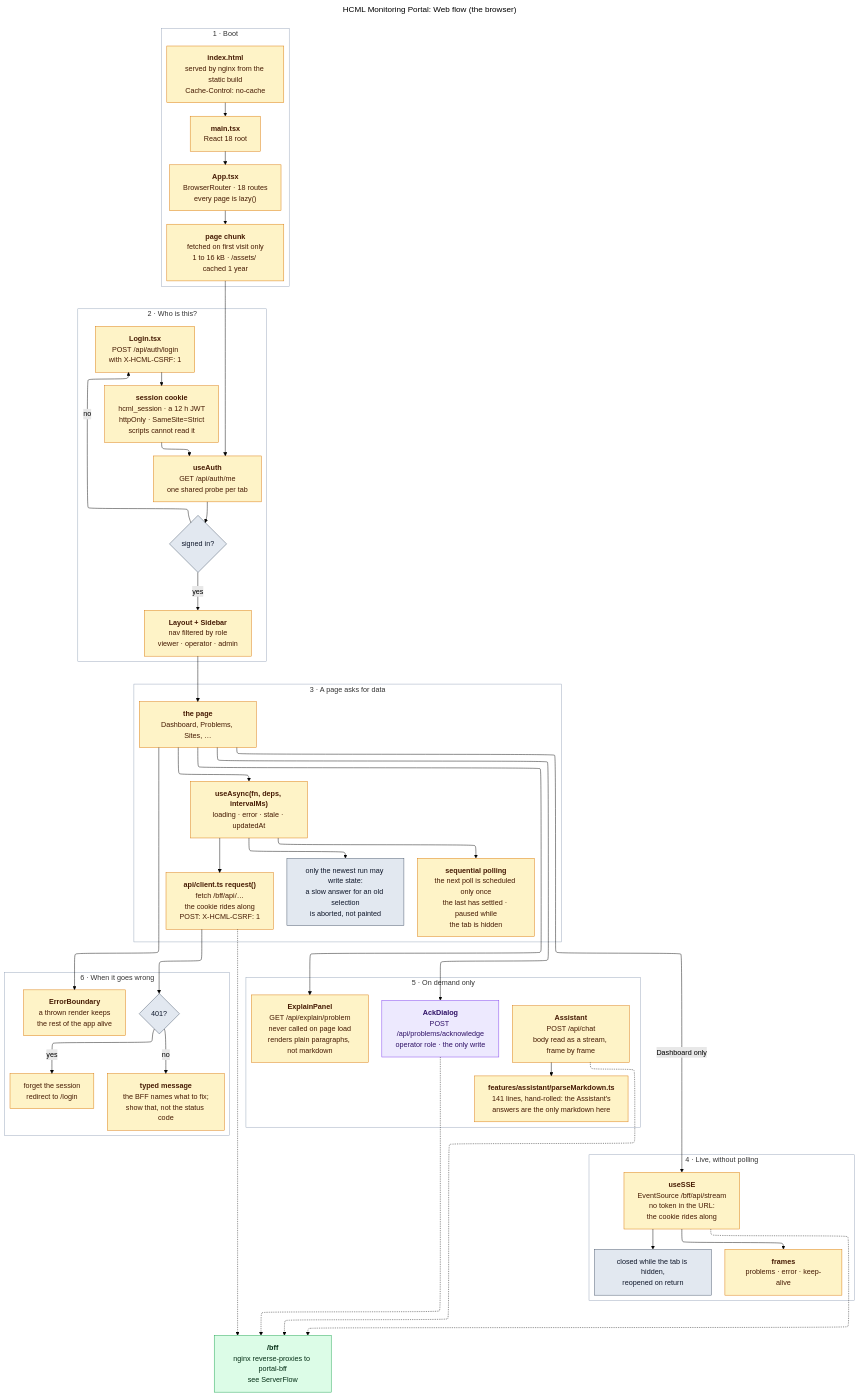
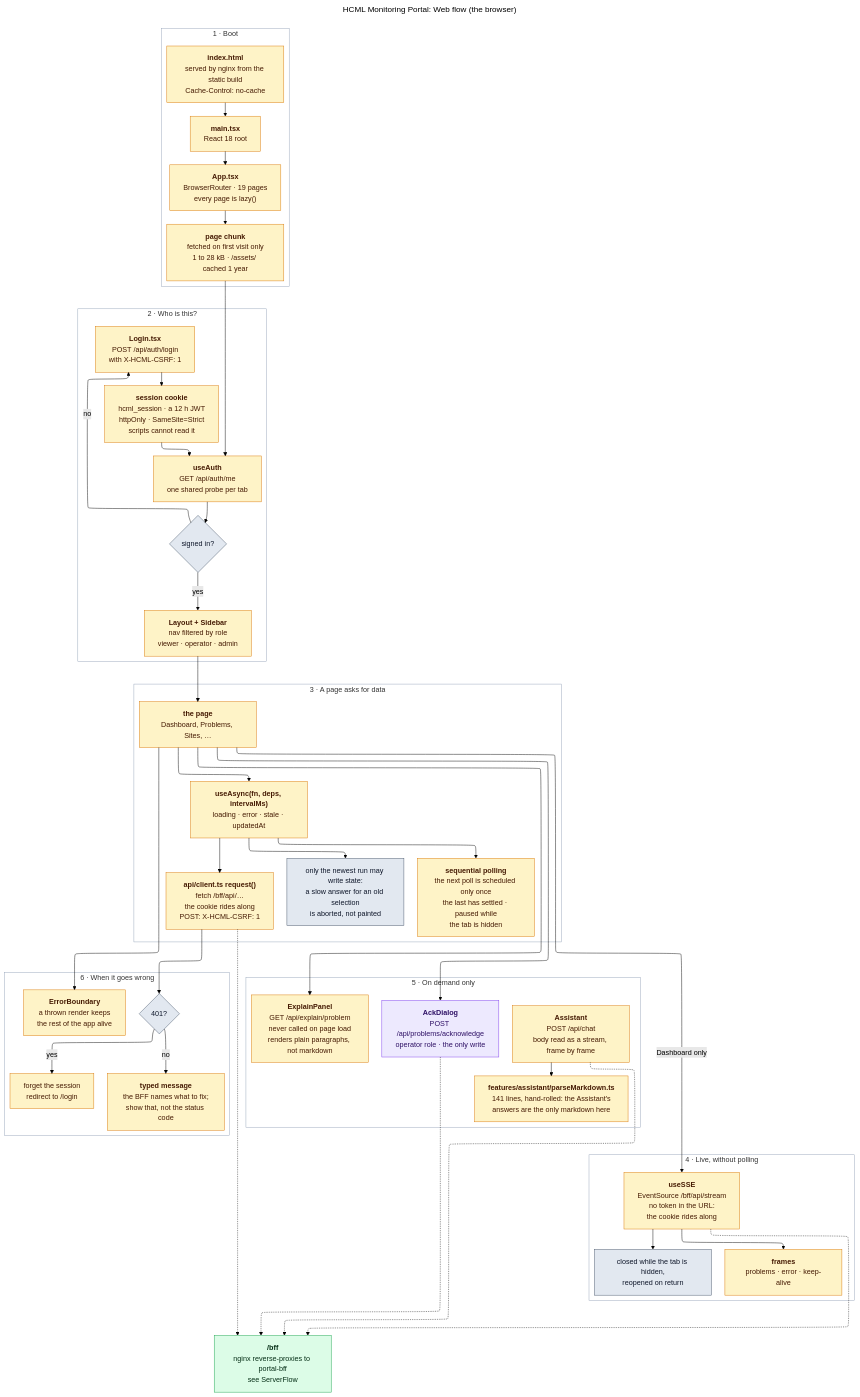
The diagram in docs/flow/WebFlow.mmd (Fxkra28/Dashboard-Zabbix-Prototype), drawn with Mermaid (forest theme) before and after one commit. The commit also changed 71 other files, not shown here.

```diff
--- a/docs/flow/WebFlow.mmd
+++ b/docs/flow/WebFlow.mmd
@@ -1,139 +1,139 @@
 ---
 title: "HCML Monitoring Portal: Web flow (the browser)"
 config:
   layout: elk
   elk:
     mergeEdges: false
     nodePlacementStrategy: BRANDES_KOEPF
 ---
 flowchart TB
 
     %%  Web flow: what happens in the browser, from the first byte
     %%  nginx serves to the moment a page has data on screen.
 
     %%  Amber  runs in the browser.
     %%  Green  the portal's own BFF, same origin, behind /bff.
     %%  Grey   a decision, a guard, or a boundary.
 
     %%  Nothing here ever holds a Zabbix or model credential. Every call
     %%  goes to /bff. The portal JWT rides in an httpOnly cookie that no
     %%  script on the page can read (ADR-0010); it only proves who the
     %%  user is to the portal and grants nothing in Zabbix.
 
     %%  Two arrows were corrected against the code and must stay this
     %%  way. (1) The stream is opened by the Dashboard, not the shell:
     %%  useSSE has exactly one call site, Overview.tsx, and navigating
     %%  away closes the connection. The Problems page does not stream at
     %%  all: it polls every 30 s. (2) There is no ExplainPanel ->
     %%  markdown arrow: ExplainPanel renders its fields as plain <p>
     %%  paragraphs and never imports the renderer. The Assistant is its
     %%  only consumer.
 
     %%  Note also that stage 2's "signed in?" diamond is not implemented
     %%  as a route guard. No component reads the role and redirects; the
     %%  automatic paths to /login are the api client reacting to a 401, to a
     %%  sign-out in another tab, or to a page Back restores after one, so
     %%  an unauthenticated visitor sees the chrome for one round trip.
 
     subgraph W1["1 &middot; Boot"]
         HTML["<b>index.html</b><br>served by nginx from the static build<br>Cache-Control: no-cache"]
         MAIN["<b>main.tsx</b><br>React 18 root"]
-        APP["<b>App.tsx</b><br>BrowserRouter &middot; 18 routes<br>every page is lazy()"]
-        CHUNK["<b>page chunk</b><br>fetched on first visit only<br>1 to 16 kB &middot; /assets/ cached 1 year"]
+        APP["<b>App.tsx</b><br>BrowserRouter &middot; 19 pages<br>every page is lazy()"]
+        CHUNK["<b>page chunk</b><br>fetched on first visit only<br>1 to 28 kB &middot; /assets/ cached 1 year"]
 
         HTML --> MAIN --> APP --> CHUNK
     end
 
     subgraph W2["2 &middot; Who is this?"]
         ME["<b>useAuth</b><br>GET /api/auth/me<br>one shared probe per tab"]
         HASROLE{"signed in?"}
         LOGIN["<b>Login.tsx</b><br>POST /api/auth/login<br>with X-HCML-CSRF: 1"]
         COOKIE["<b>session cookie</b><br>hcml_session &middot; a 12 h JWT<br>httpOnly &middot; SameSite=Strict<br>scripts cannot read it"]
         LAYOUT["<b>Layout + Sidebar</b><br>nav filtered by role<br>viewer &middot; operator &middot; admin"]
 
         ME --> HASROLE
         HASROLE -->|"no"| LOGIN
         LOGIN --> COOKIE
         COOKIE --> ME
         HASROLE -->|"yes"| LAYOUT
     end
 
     subgraph W3["3 &middot; A page asks for data"]
         PAGE["<b>the page</b><br>Dashboard, Problems, Sites, &hellip;"]
         ASYNC["<b>useAsync(fn, deps, intervalMs)</b><br>loading &middot; error &middot; stale &middot; updatedAt"]
         GUARD["only the newest run may write state:<br>a slow answer for an old selection<br>is aborted, not painted"]
         POLL["<b>sequential polling</b><br>the next poll is scheduled only once<br>the last has settled &middot; paused while<br>the tab is hidden"]
         APICALL["<b>api/client.ts request()</b><br>fetch /bff/api/&hellip;<br>the cookie rides along<br>POST: X-HCML-CSRF: 1"]
 
         PAGE --> ASYNC
         ASYNC --> GUARD
         ASYNC --> POLL
         ASYNC --> APICALL
     end
 
     subgraph W4["4 &middot; Live, without polling"]
         SSE["<b>useSSE</b><br>EventSource /bff/api/stream<br>no token in the URL:<br>the cookie rides along"]
         FRAMES["<b>frames</b><br>problems &middot; error &middot; keep-alive"]
         HIDDEN["closed while the tab is hidden,<br>reopened on return"]
 
         SSE --> FRAMES
         SSE --> HIDDEN
     end
 
     subgraph W5["5 &middot; On demand only"]
         EXPLAIN["<b>ExplainPanel</b><br>GET /api/explain/problem<br>never called on page load<br>renders plain paragraphs, not markdown"]
         CHATP["<b>Assistant</b><br>POST /api/chat<br>body read as a stream, frame by frame"]
         MD["<b>features/assistant/parseMarkdown.ts</b><br>141 lines, hand-rolled: the Assistant's<br>answers are the only markdown here"]
         ACK["<b>AckDialog</b><br>POST /api/problems/acknowledge<br>operator role &middot; the only write"]
 
         CHATP --> MD
     end
 
     subgraph W6["6 &middot; When it goes wrong"]
         R401{"401?"}
         SIGNOUT["forget the session<br>redirect to /login"]
         TYPED["<b>typed message</b><br>the BFF names what to fix;<br>show that, not the status code"]
         BOUNDARY["<b>ErrorBoundary</b><br>a thrown render keeps<br>the rest of the app alive"]
 
         R401 -->|"yes"| SIGNOUT
         R401 -->|"no"| TYPED
     end
 
     BFF["<b>/bff</b><br>nginx reverse-proxies to portal-bff<br>see ServerFlow"]
 
     CHUNK --> ME
     LAYOUT --> PAGE
     PAGE -->|"Dashboard only"| SSE
     PAGE --> EXPLAIN
     PAGE --> ACK
     PAGE --> BOUNDARY
     APICALL --> R401
     APICALL -.-> BFF
     SSE -.-> BFF
     CHATP -.-> BFF
     ACK -.-> BFF
 
     %% Frames must stay unfilled or they paint over the relationship lines.
 
     classDef browser fill:#fef3c7,stroke:#d97706,color:#451a03
     classDef server  fill:#dcfce7,stroke:#16a34a,color:#052e16
     classDef choice  fill:#e2e8f0,stroke:#475569,color:#0f172a
     classDef written fill:#ede9fe,stroke:#7c3aed,color:#2e1065
 
     style W1 fill:none,stroke:#94a3b8
     style W2 fill:none,stroke:#94a3b8
     style W3 fill:none,stroke:#94a3b8
     style W4 fill:none,stroke:#94a3b8
     style W5 fill:none,stroke:#94a3b8
     style W6 fill:none,stroke:#94a3b8
 
     class HTML,MAIN,APP,CHUNK browser
     class ME,LOGIN,COOKIE,LAYOUT browser
     class PAGE,ASYNC,POLL,APICALL browser
     class SSE,FRAMES,EXPLAIN,CHATP,MD browser
     class SIGNOUT,TYPED,BOUNDARY browser
 
     class ACK written
     class BFF server
     class HASROLE,R401,GUARD,HIDDEN choice
-%% source-hash: f8df566f97af
+%% source-hash: e7ee1e521f21
```
